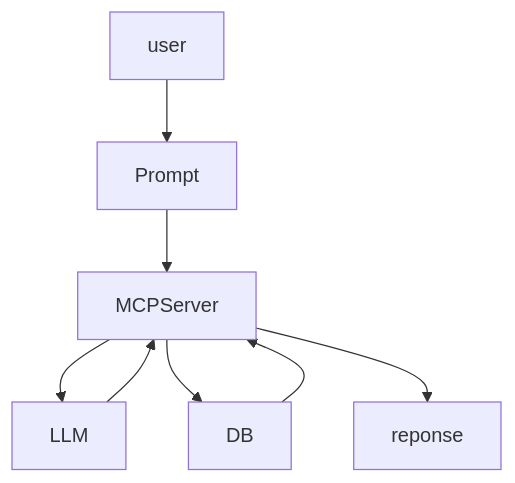
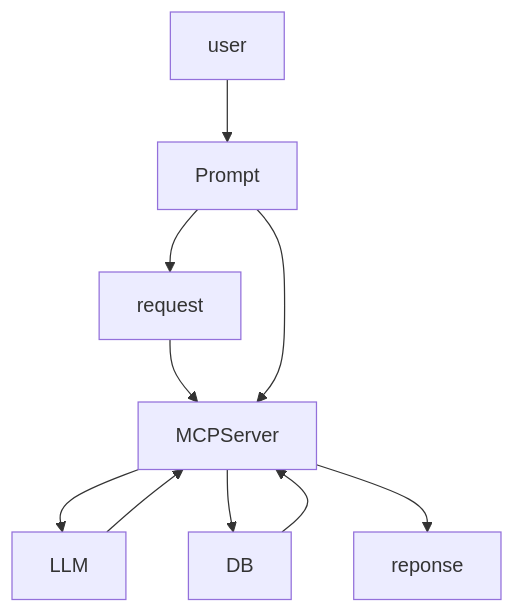
The diagram in README.md (MaaeYeng2517/MCP-Server-All), drawn with Mermaid before and after one commit.

````diff
--- a/README.md
+++ b/README.md
@@ -14,10 +14,12 @@
 ```mermaid
 graph TD;
     user-->Prompt;
+    Prompt-->request;
+    request-->MCPServer;
     MCPServer-->LLM;
     MCPServer-->DB;
     DB-->MCPServer;
     LLM-->MCPServer;
     Prompt-->MCPServer;
     MCPServer-->reponse;
 ```
````
